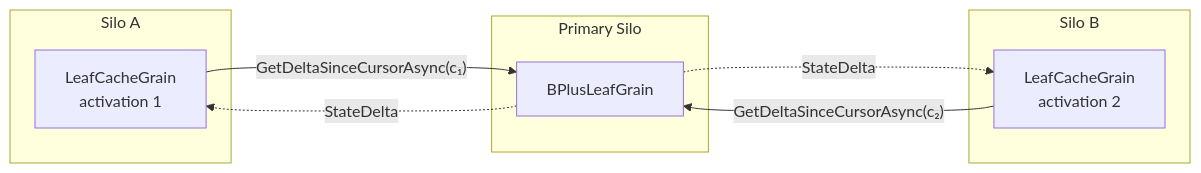
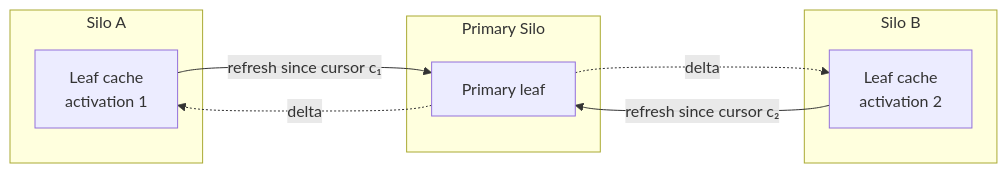
Before and after one commit to NSTA1/Orleans.Lattice: the diagram in docs/lattice/caching.md, drawn with Mermaid. The commit also changed other lines of this file and 394 other files, not shown here.

````diff
--- a/docs/lattice/caching.md
+++ b/docs/lattice/caching.md
@@ -9,17 +9,17 @@
 ```mermaid
 flowchart LR
     subgraph SiloA["Silo A"]
-        CA[LeafCacheGrain<br/>activation 1]
+        CA[Leaf cache<br/>activation 1]
     end
     subgraph SiloB["Silo B"]
-        CB[LeafCacheGrain<br/>activation 2]
+        CB[Leaf cache<br/>activation 2]
     end
     subgraph Primary["Primary Silo"]
-        L[BPlusLeafGrain]
+        L[Primary leaf]
     end
 
-    CA -->|"GetDeltaSinceCursorAsync(c₁)"| L
-    CB -->|"GetDeltaSinceCursorAsync(c₂)"| L
-    L -.->|"StateDelta"| CA
-    L -.->|"StateDelta"| CB
+    CA -->|"refresh since cursor c₁"| L
+    CB -->|"refresh since cursor c₂"| L
+    L -.->|"delta"| CA
+    L -.->|"delta"| CB
 ```
````
